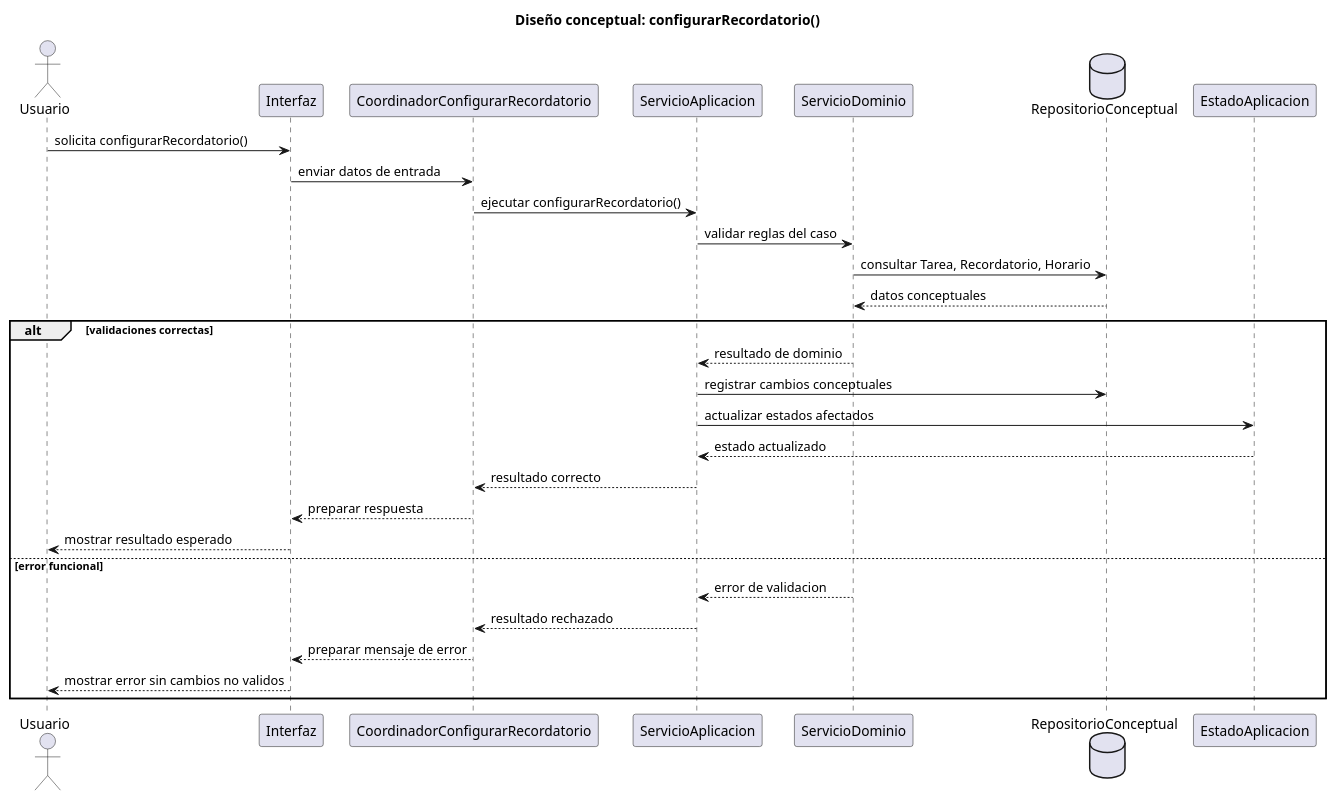
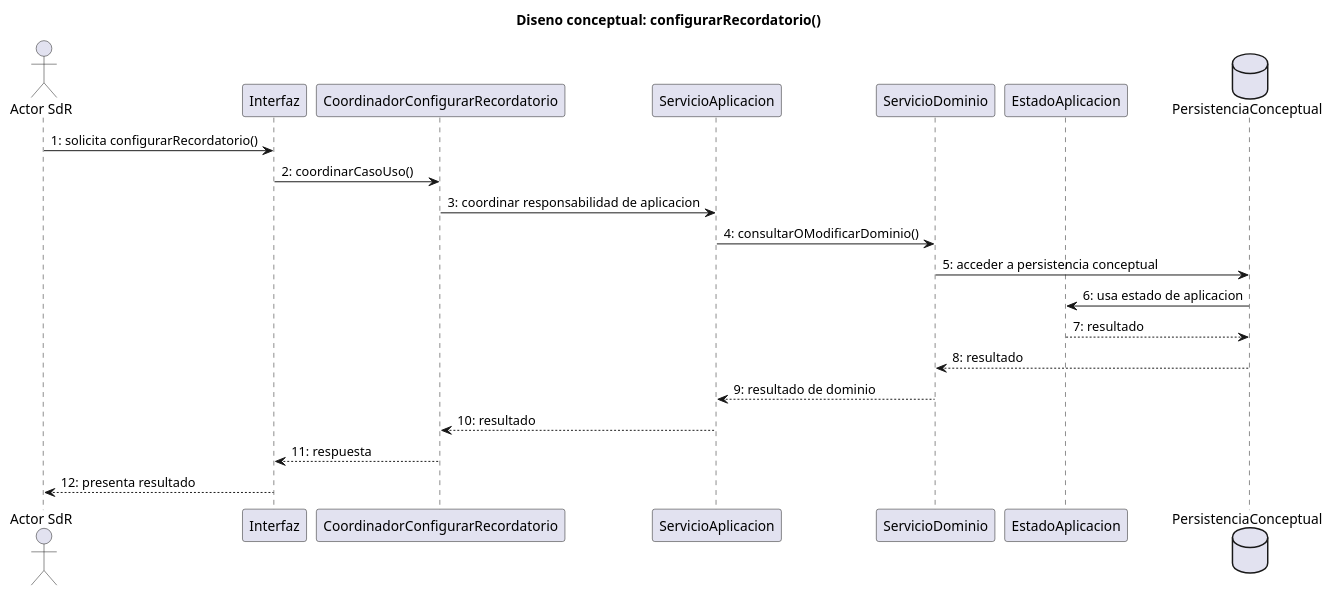
One commit to inigovaqueroo04/25-26-idsw2-sdVC changed the diagram in documents/RUP/02-diseño/casos-uso/planificacion-configuracion/configurarRecordatorio/README.md. Above: the diagram before and after it, drawn with PlantUML. The commit also changed other lines of this file and 24 other files, not shown here.

Commit message:
docs: validar trazabilidad integral de diseno

````diff
--- a/documents/RUP/02-diseño/casos-uso/planificacion-configuracion/configurarRecordatorio/README.md
+++ b/documents/RUP/02-diseño/casos-uso/planificacion-configuracion/configurarRecordatorio/README.md
@@ -87,36 +85,27 @@
 ```plantuml
 @startuml configurarRecordatorio-diseno-secuencia
-title Diseño conceptual: configurarRecordatorio()
+title Diseno conceptual: configurarRecordatorio()
 
-actor "Usuario" as Usuario
+actor "Actor SdR" as Actor
 participant "Interfaz" as Interfaz
 participant "CoordinadorConfigurarRecordatorio" as Coordinador
 participant "ServicioAplicacion" as ServicioAplicacion
 participant "ServicioDominio" as ServicioDominio
-database "RepositorioConceptual" as Repositorio
 participant "EstadoAplicacion" as EstadoAplicacion
+database "PersistenciaConceptual" as Persistencia
 
-Usuario -> Interfaz : solicita configurarRecordatorio()
-Interfaz -> Coordinador : enviar datos de entrada
-Coordinador -> ServicioAplicacion : ejecutar configurarRecordatorio()
-ServicioAplicacion -> ServicioDominio : validar reglas del caso
-ServicioDominio -> Repositorio : consultar Tarea, Recordatorio, Horario
-Repositorio --> ServicioDominio : datos conceptuales
-
-alt validaciones correctas
-  ServicioDominio --> ServicioAplicacion : resultado de dominio
-  ServicioAplicacion -> Repositorio : registrar cambios conceptuales
-  ServicioAplicacion -> EstadoAplicacion : actualizar estados afectados
-  EstadoAplicacion --> ServicioAplicacion : estado actualizado
-  ServicioAplicacion --> Coordinador : resultado correcto
-  Coordinador --> Interfaz : preparar respuesta
-  Interfaz --> Usuario : mostrar resultado esperado
-else error funcional
-  ServicioDominio --> ServicioAplicacion : error de validacion
-  ServicioAplicacion --> Coordinador : resultado rechazado
-  Coordinador --> Interfaz : preparar mensaje de error
-  Interfaz --> Usuario : mostrar error sin cambios no validos
-end
+Actor -> Interfaz : 1: solicita configurarRecordatorio()
+Interfaz -> Coordinador : 2: coordinarCasoUso()
+Coordinador -> ServicioAplicacion : 3: coordinar responsabilidad de aplicacion
+ServicioAplicacion -> ServicioDominio : 4: consultarOModificarDominio()
+ServicioDominio -> Persistencia : 5: acceder a persistencia conceptual
+Persistencia -> EstadoAplicacion : 6: usa estado de aplicacion
+EstadoAplicacion --> Persistencia : 7: resultado
+Persistencia --> ServicioDominio : 8: resultado
+ServicioDominio --> ServicioAplicacion : 9: resultado de dominio
+ServicioAplicacion --> Coordinador : 10: resultado
+Coordinador --> Interfaz : 11: respuesta
+Interfaz --> Actor : 12: presenta resultado
 
 @enduml
 ```
````
